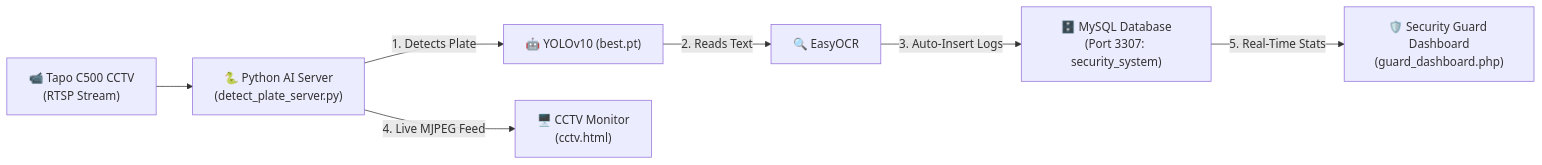
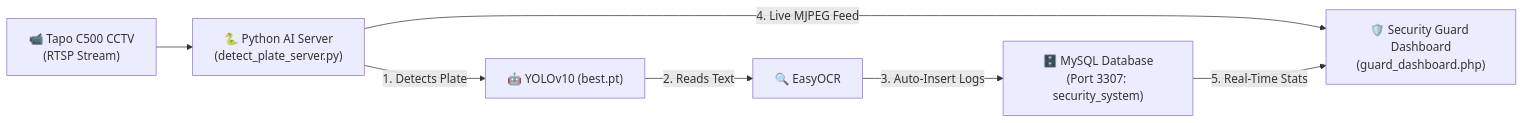
The diagram in docs/setup/HOW_TO_CONNECT_YOLOV10.md (tehj01-hub/Almost-Detection), drawn with Mermaid before and after one commit. The commit also changed other lines of this file and 64 other files, not shown here.

````diff
--- a/docs/setup/HOW_TO_CONNECT_YOLOV10.md
+++ b/docs/setup/HOW_TO_CONNECT_YOLOV10.md
@@ -9,9 +9,9 @@
 ```mermaid
 flowchart LR
     A["📹 Tapo C500 CCTV\n(RTSP Stream)"] --> B["🐍 Python AI Server\n(detect_plate_server.py)"]
     B -->|1. Detects Plate| C["🤖 YOLOv10 (best.pt)"]
     C -->|2. Reads Text| D["🔍 EasyOCR"]
     D -->|3. Auto-Insert Logs| E["🗄️ MySQL Database\n(Port 3307: security_system)"]
-    B -->|4. Live MJPEG Feed| F["🖥️ CCTV Monitor\n(cctv.html)"]
+    B -->|4. Live MJPEG Feed| G
     E -->|5. Real-Time Stats| G["🛡️ Security Guard Dashboard\n(guard_dashboard.php)"]
 ```
````
